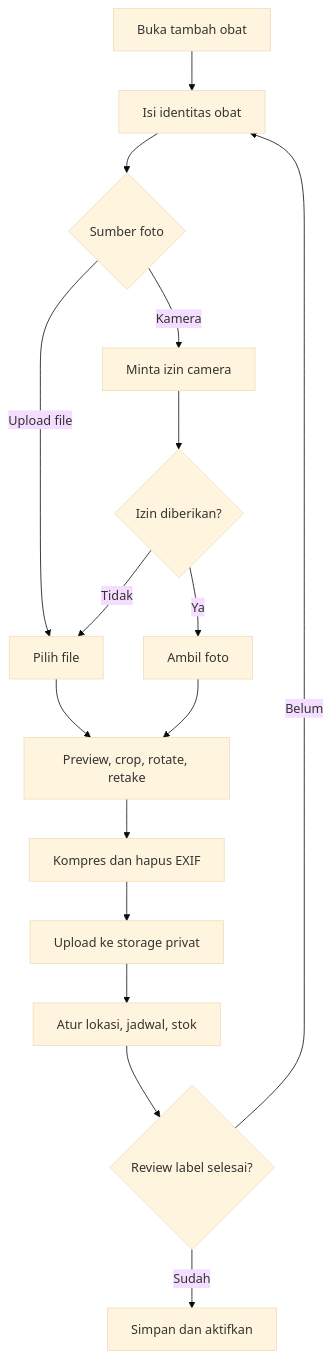
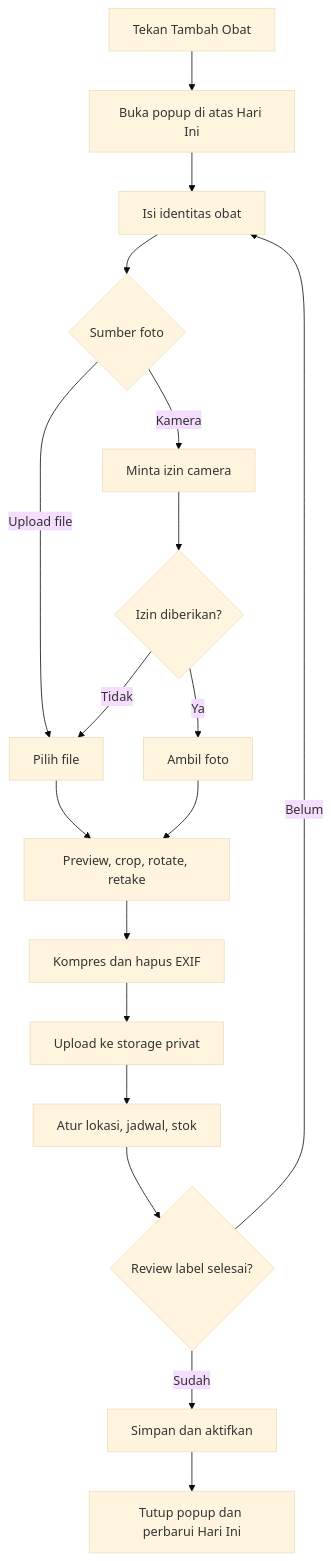
One commit to Rizuki25/Obtara changed the sixth of 13 diagrams in workflow.md. Above: the diagram before and after it, drawn with Mermaid (base theme). The commit also changed other lines of this file and 16 other files, not shown here.

````diff
--- a/workflow.md
+++ b/workflow.md
@@ -229,18 +234,20 @@
 ```mermaid
 flowchart TD
-    A["Buka tambah obat"] --> B["Isi identitas obat"]
+    A["Tekan Tambah Obat"] --> A2["Buka popup di atas Hari Ini"]
+    A2 --> B["Isi identitas obat"]
     B --> C{"Sumber foto"}
     C -- "Upload file" --> D["Pilih file"]
     C -- "Kamera" --> E["Minta izin camera"]
     E --> F{"Izin diberikan?"}
     F -- "Ya" --> G["Ambil foto"]
     F -- "Tidak" --> D
     D --> H["Preview, crop, rotate, retake"]
     G --> H
     H --> I["Kompres dan hapus EXIF"]
     I --> J["Upload ke storage privat"]
     J --> K["Atur lokasi, jadwal, stok"]
     K --> L{"Review label selesai?"}
     L -- "Belum" --> B
     L -- "Sudah" --> M["Simpan dan aktifkan"]
+    M --> N["Tutup popup dan perbarui Hari Ini"]
 ```
````
